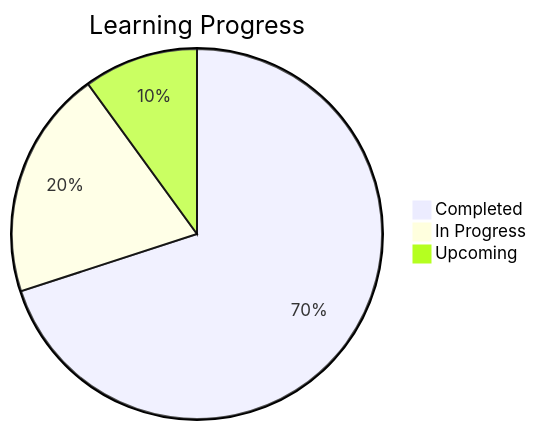
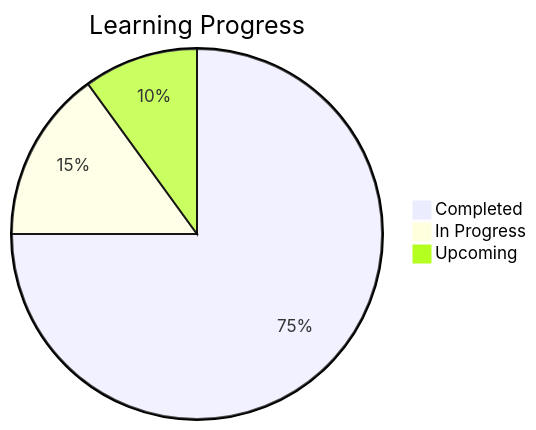
The seventh of 7 diagrams in README.md (UsaaryanByte07/Learning-Js), drawn with Mermaid before and after one commit. The commit also changed other lines of this file, not shown here.

````diff
--- a/README.md
+++ b/README.md
@@ -407,6 +559,6 @@
 ```mermaid
 pie title Learning Progress
-    "Completed" : 70
-    "In Progress" : 20
+    "Completed" : 75
+    "In Progress" : 15
     "Upcoming" : 10
 ```
````
